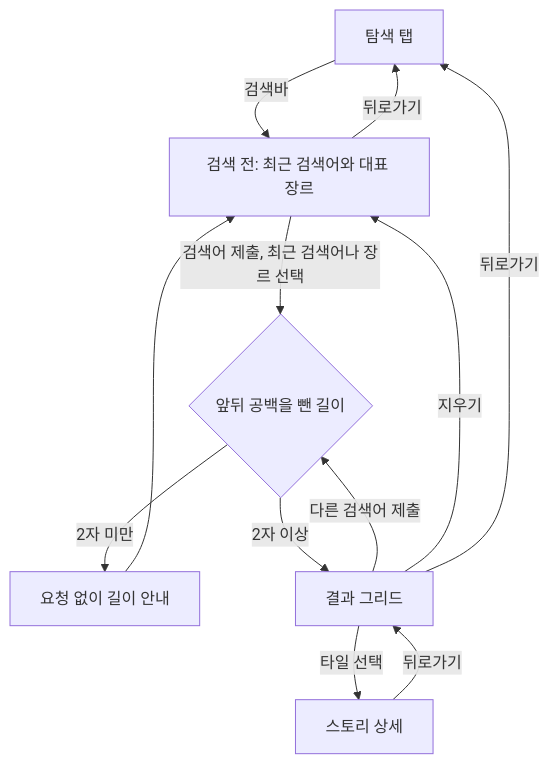
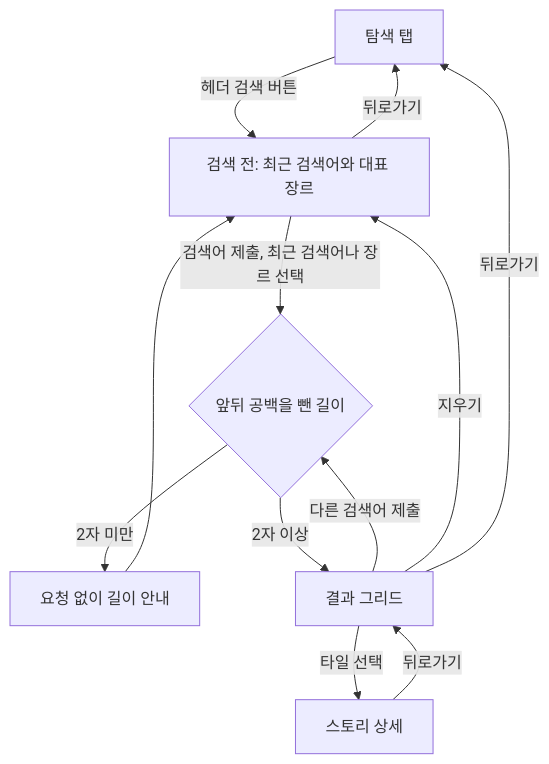
One commit to KIM-N-KANG/knk-harness changed the fifth of 5 diagrams in docs/domain/STORY/CLIENT/3-2-INTERACTION-FLOWS.md. Above: the diagram before and after it, drawn with Mermaid. The commit also changed other lines of this file and 7 other files, not shown here.

````diff
--- a/docs/domain/STORY/CLIENT/3-2-INTERACTION-FLOWS.md
+++ b/docs/domain/STORY/CLIENT/3-2-INTERACTION-FLOWS.md
@@ -157,14 +157,14 @@
 ```mermaid
 flowchart TD
-    Explore["탐색 탭"] -->|검색바| Home["검색 전: 최근 검색어와 대표 장르"]
+    Explore["탐색 탭"] -->|헤더 검색 버튼| Home["검색 전: 최근 검색어와 대표 장르"]
     Home -->|검색어 제출, 최근 검색어나 장르 선택| Check{"앞뒤 공백을 뺀 길이"}
     Check -->|2자 미만| Short["요청 없이 길이 안내"]
     Short --> Home
     Check -->|2자 이상| Results["결과 그리드"]
     Results -->|다른 검색어 제출| Check
     Results -->|지우기| Home
     Results -->|타일 선택| Detail["스토리 상세"]
     Detail -->|뒤로가기| Results
     Home -->|뒤로가기| Explore
     Results -->|뒤로가기| Explore
 ```
````
